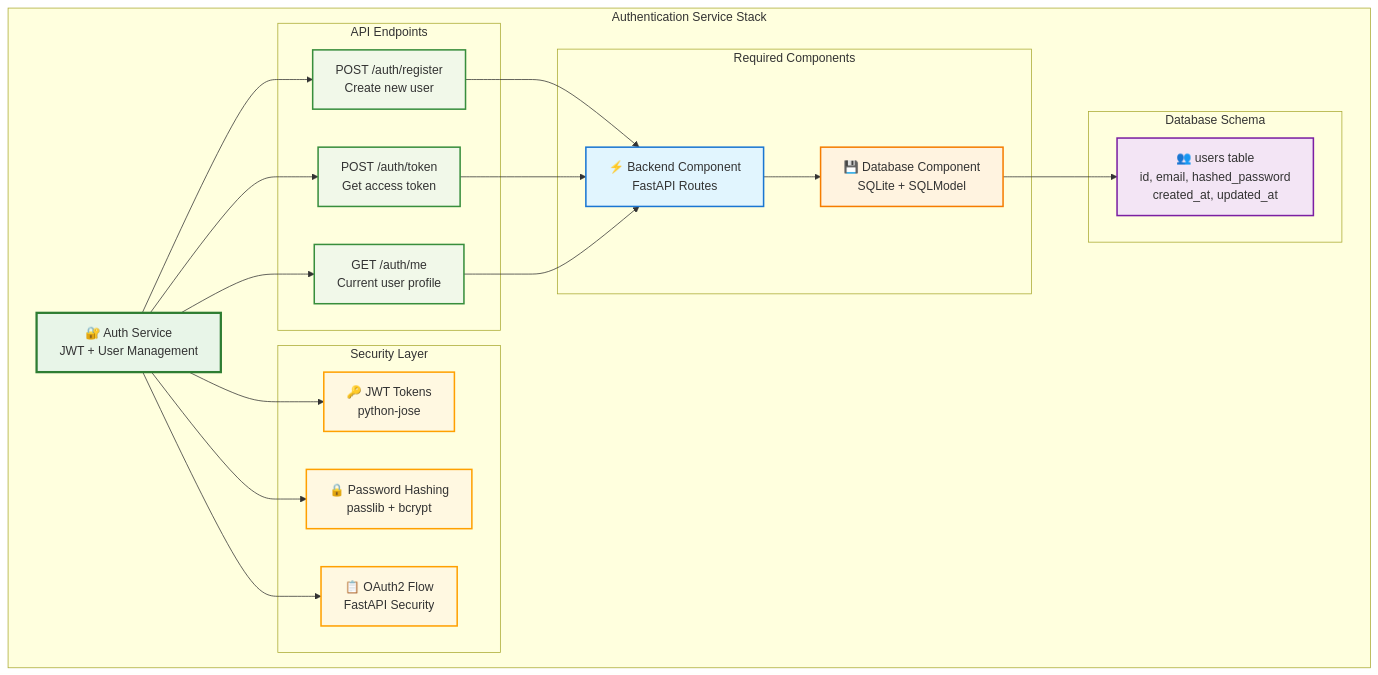
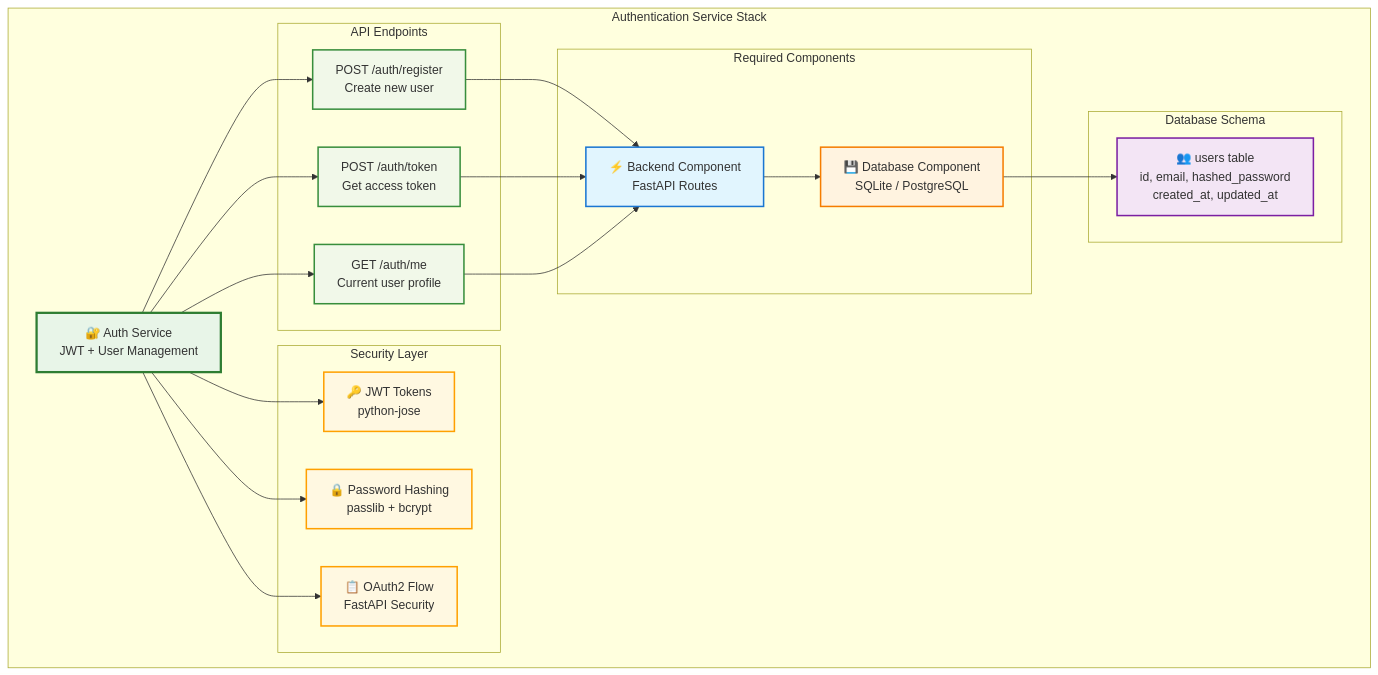
Before and after one commit to bhardwajRahul/aegis-stack: the first of 2 diagrams in docs/services/auth/index.md, drawn with Mermaid. The commit also changed 43 other files, not shown here.

````diff
--- a/docs/services/auth/index.md
+++ b/docs/services/auth/index.md
@@ -29,54 +29,54 @@
 ```mermaid
 graph TB
     subgraph "Authentication Service Stack"
         AuthService[🔐 Auth Service<br/>JWT + User Management]
 
         subgraph "API Endpoints"
             Register["POST /auth/register<br/>Create new user"]
             Login["POST /auth/token<br/>Get access token"]
             Profile["GET /auth/me<br/>Current user profile"]
         end
 
         subgraph "Required Components"
             Backend[⚡ Backend Component<br/>FastAPI Routes]
-            Database[💾 Database Component<br/>SQLite + SQLModel]
+            Database[💾 Database Component<br/>SQLite / PostgreSQL]
         end
 
         subgraph "Security Layer"
             JWT[🔑 JWT Tokens<br/>python-jose]
             Passwords[🔒 Password Hashing<br/>passlib + bcrypt]
             OAuth2[📋 OAuth2 Flow<br/>FastAPI Security]
         end
 
         subgraph "Database Schema"
             Users["👥 users table<br/>id, email, hashed_password<br/>created_at, updated_at"]
         end
     end
 
     AuthService --> Register
     AuthService --> Login
     AuthService --> Profile
 
     Register --> Backend
     Login --> Backend
     Profile --> Backend
 
     Backend --> Database
 
     AuthService --> JWT
     AuthService --> Passwords
     AuthService --> OAuth2
 
     Database --> Users
 
     style AuthService fill:#e8f5e8,stroke:#2e7d32,stroke-width:3px
     style Register fill:#f1f8e9,stroke:#388e3c,stroke-width:2px
     style Login fill:#f1f8e9,stroke:#388e3c,stroke-width:2px
     style Profile fill:#f1f8e9,stroke:#388e3c,stroke-width:2px
     style Backend fill:#e1f5fe,stroke:#1976d2,stroke-width:2px
     style Database fill:#fff3e0,stroke:#f57c00,stroke-width:2px
     style JWT fill:#fff8e1,stroke:#ffa000,stroke-width:2px
     style Passwords fill:#fff8e1,stroke:#ffa000,stroke-width:2px
     style OAuth2 fill:#fff8e1,stroke:#ffa000,stroke-width:2px
     style Users fill:#f3e5f5,stroke:#7b1fa2,stroke-width:2px
 ```
````
